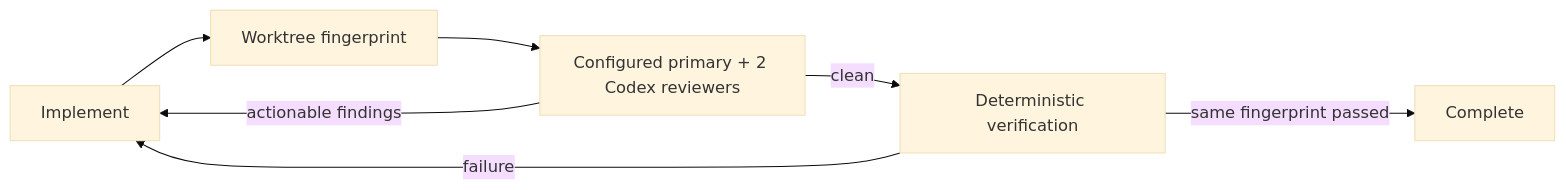
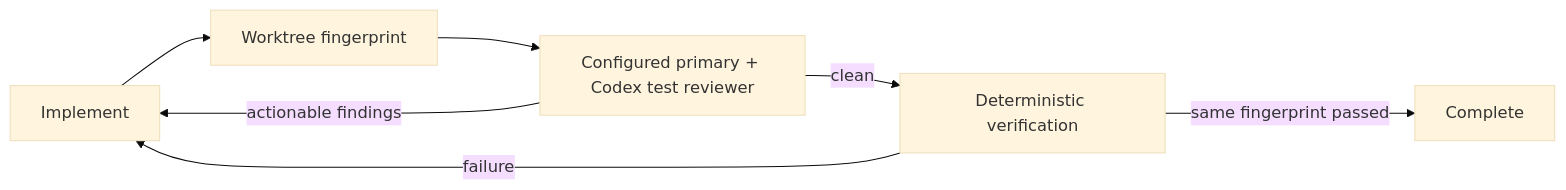
One commit to sd0xdev/sd0x-dev-flow-codex changed the diagram in README.md. Above: the diagram before and after it, drawn with Mermaid (base theme). The commit also changed other lines of this file and 39 other files, not shown here.

````diff
--- a/README.md
+++ b/README.md
@@ -23,9 +23,9 @@
 ```mermaid
 flowchart LR
   I[Implement] --> F[Worktree fingerprint]
-  F --> R[Configured primary + 2 Codex reviewers]
+  F --> R[Configured primary + Codex test reviewer]
   R -->|actionable findings| I
   R -->|clean| V[Deterministic verification]
   V -->|failure| I
   V -->|same fingerprint passed| C[Complete]
 ```
````
